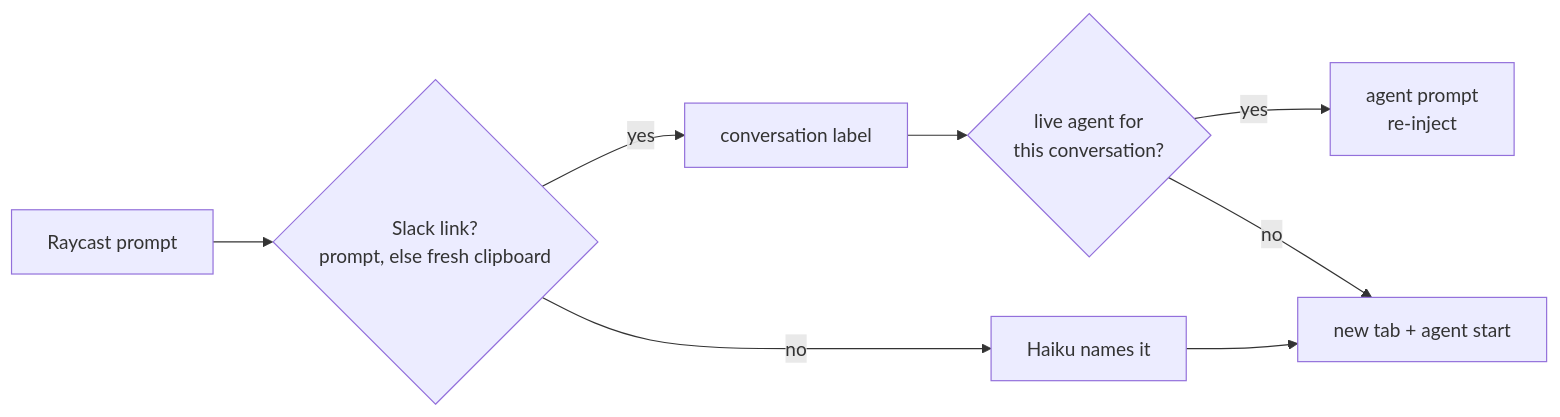
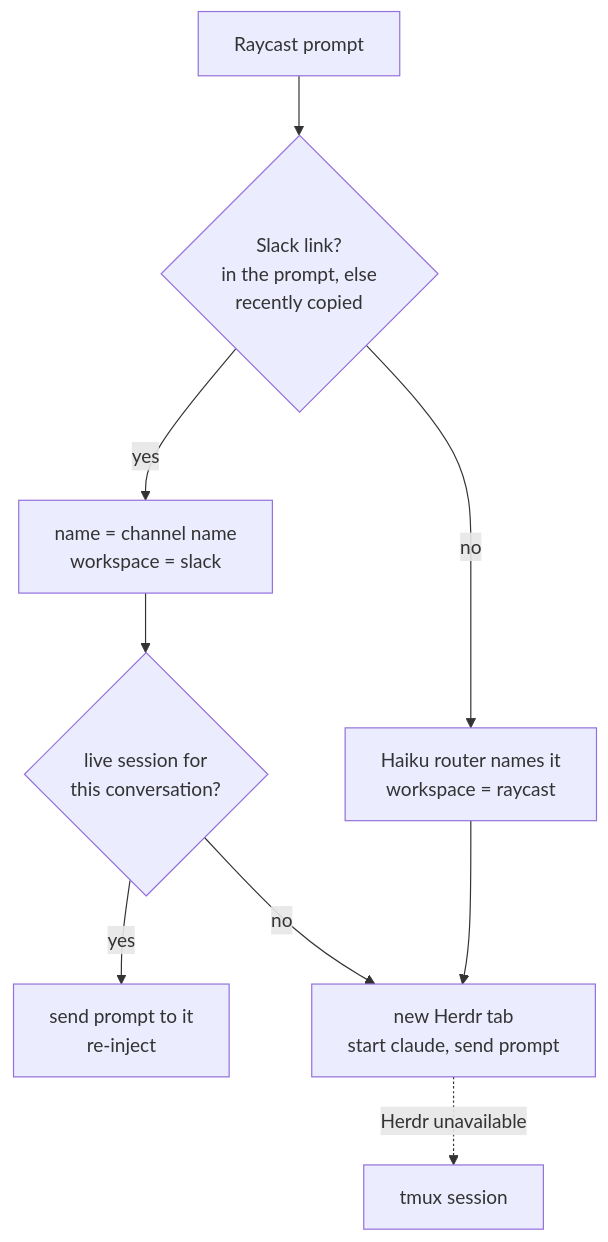
One commit to joshmu/dotfiles changed the diagram in scripts/raygent/README.md. Above: the diagram before and after it, drawn with Mermaid. The commit also changed other lines of this file, not shown here.

````diff
--- a/scripts/raygent/README.md
+++ b/scripts/raygent/README.md
@@ -147,10 +7,11 @@
 ```mermaid
-flowchart LR
-    P[Raycast prompt] --> S{Slack link?<br/>prompt, else fresh clipboard}
-    S -->|yes| L[conversation label]
-    S -->|no| H[Haiku names it]
-    L --> M{live agent for<br/>this conversation?}
-    M -->|yes| R[agent prompt<br/>re-inject]
-    M -->|no| N[new tab + agent start]
+flowchart TD
+    P[Raycast prompt] --> S{Slack link?<br/>in the prompt, else<br/>recently copied}
+    S -->|yes| L[name = channel name<br/>workspace = slack]
+    S -->|no| H[Haiku router names it<br/>workspace = raycast]
+    L --> M{live session for<br/>this conversation?}
+    M -->|yes| R[send prompt to it<br/>re-inject]
+    M -->|no| N[new Herdr tab<br/>start claude, send prompt]
     H --> N
+    N -.->|Herdr unavailable| T[tmux session]
 ```
````
